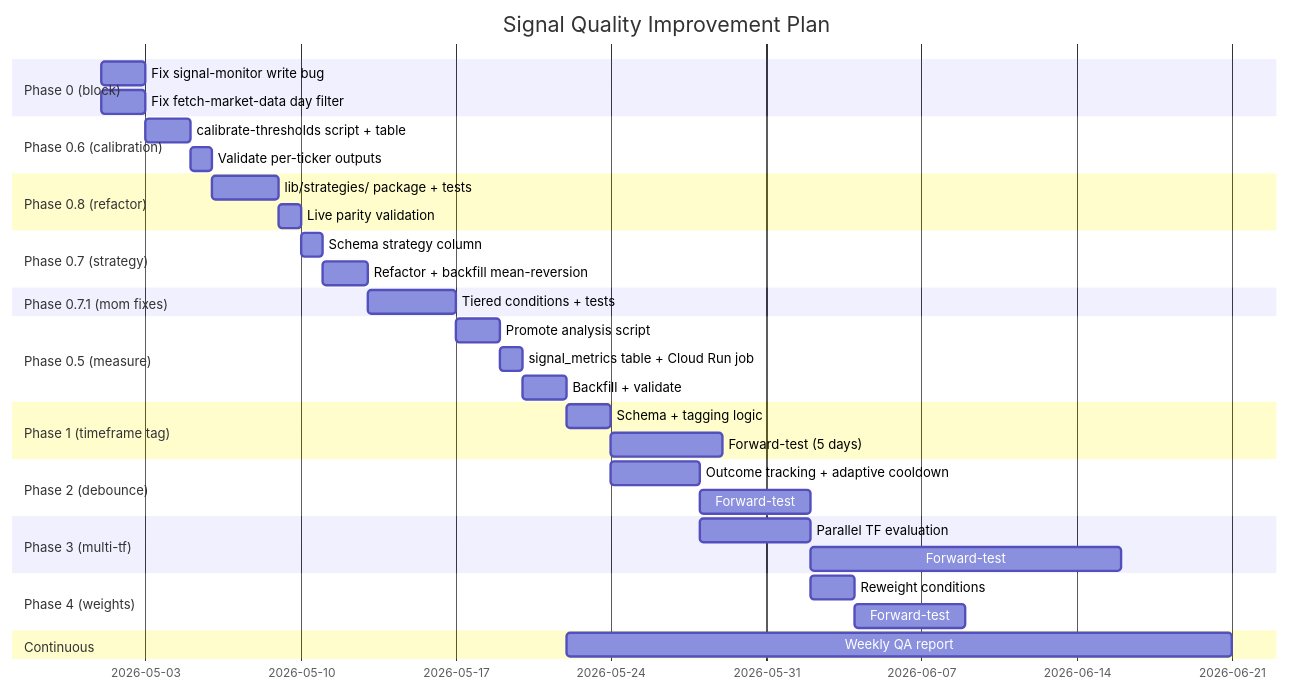
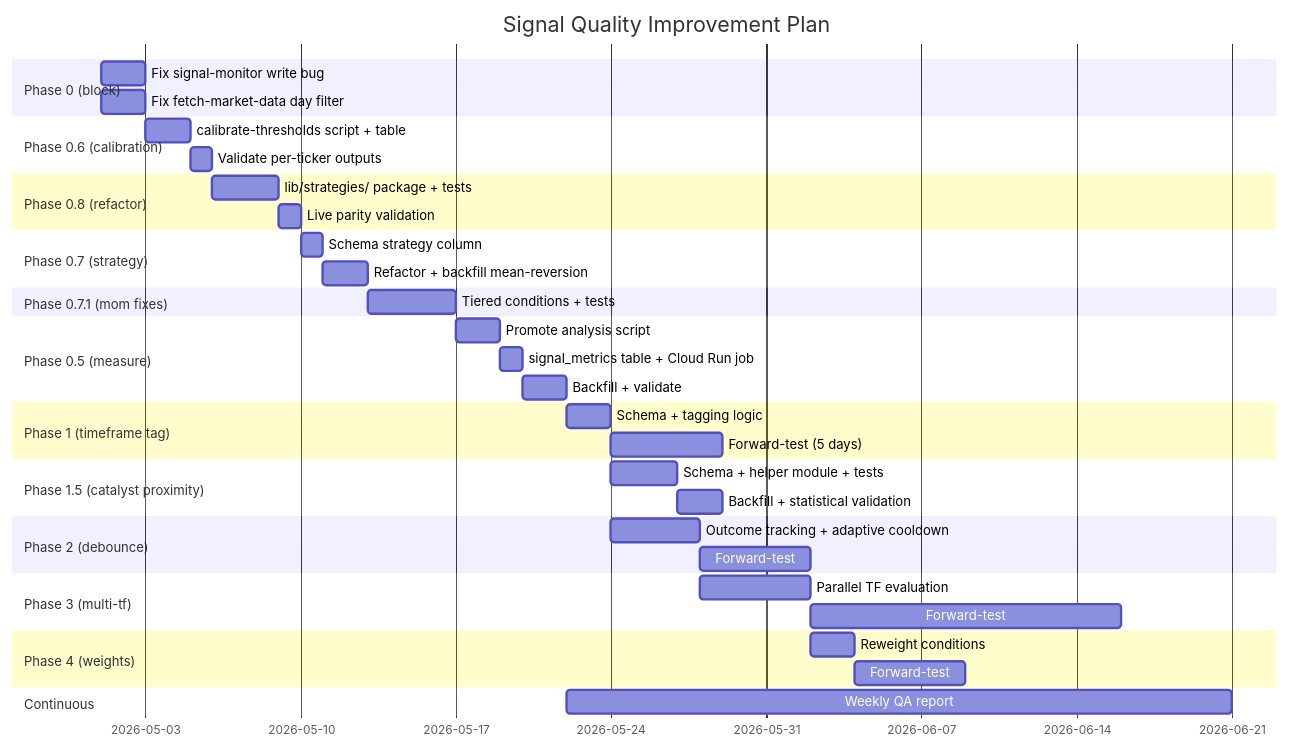
One commit to TeneikaAskew/stocks changed the diagram in docs/plans/SIGNAL_QUALITY_TEST_PLAN.md. Above: the diagram before and after it, drawn with Mermaid. The commit also changed other lines of this file, not shown here.

````diff
--- a/docs/plans/SIGNAL_QUALITY_TEST_PLAN.md
+++ b/docs/plans/SIGNAL_QUALITY_TEST_PLAN.md
@@ -977,37 +1105,40 @@
 ```mermaid
 gantt
     title Signal Quality Improvement Plan
     dateFormat YYYY-MM-DD
     section Phase 0 (block)
     Fix signal-monitor write bug      :p0a, 2026-05-01, 2d
     Fix fetch-market-data day filter  :p0b, 2026-05-01, 2d
     section Phase 0.6 (calibration)
     calibrate-thresholds script + table :p06a, after p0a, 2d
     Validate per-ticker outputs       :p06b, after p06a, 1d
     section Phase 0.8 (refactor)
     lib/strategies/ package + tests   :p08a, after p06b, 3d
     Live parity validation            :p08b, after p08a, 1d
     section Phase 0.7 (strategy)
     Schema strategy column            :p07a, after p08b, 1d
     Refactor + backfill mean-reversion:p07b, after p07a, 2d
     section Phase 0.7.1 (mom fixes)
     Tiered conditions + tests         :p071, after p07b, 4d
     section Phase 0.5 (measure)
     Promote analysis script           :p05a, after p071, 2d
     signal_metrics table + Cloud Run job :p05b, after p05a, 1d
     Backfill + validate               :p05c, after p05b, 2d
     section Phase 1 (timeframe tag)
     Schema + tagging logic            :p1a, after p05c, 2d
     Forward-test (5 days)             :p1b, after p1a, 5d
+    section Phase 1.5 (catalyst proximity)
+    Schema + helper module + tests    :p15a, after p1a, 3d
+    Backfill + statistical validation :p15b, after p15a, 2d
     section Phase 2 (debounce)
     Outcome tracking + adaptive cooldown :p2a, after p1a, 4d
     Forward-test                      :p2b, after p2a, 5d
     section Phase 3 (multi-tf)
     Parallel TF evaluation            :p3a, after p2a, 5d
     Forward-test                      :p3b, after p3a, 14d
     section Phase 4 (weights)
     Reweight conditions               :p4a, after p3a, 2d
     Forward-test                      :p4b, after p4a, 5d
     section Continuous
     Weekly QA report                  :qa, after p05c, 30d
 ```
````
